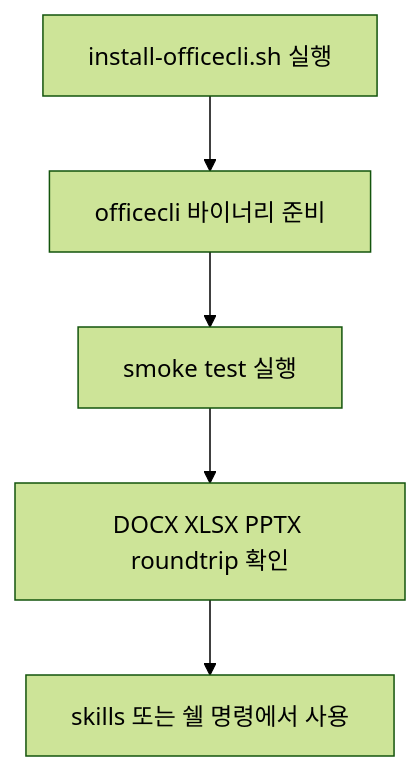
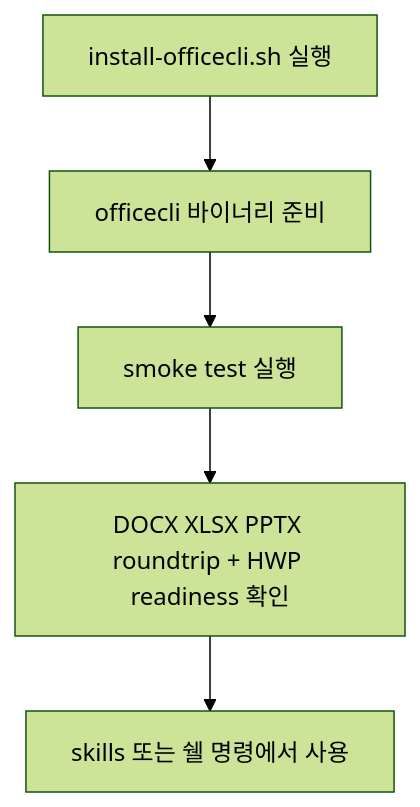
One commit to lidge-jun/cli-jaw changed the first of 2 diagrams in docs/officecli-integration.md. Above: the diagram before and after it, drawn with Mermaid (forest theme). The commit also changed other lines of this file and 5 other files, not shown here.

Commit message:
[agent] fix: install officecli hwp sidecars in smoke flow

````diff
--- a/docs/officecli-integration.md
+++ b/docs/officecli-integration.md
@@ -32,7 +32,7 @@
 ```mermaid
 graph TD
     A["install-officecli.sh 실행"] --> B["officecli 바이너리 준비"]
     B --> C["smoke test 실행"]
-    C --> D["DOCX XLSX PPTX roundtrip 확인"]
+    C --> D["DOCX XLSX PPTX roundtrip + HWP readiness 확인"]
     D --> E["skills 또는 쉘 명령에서 사용"]
 ```
````
